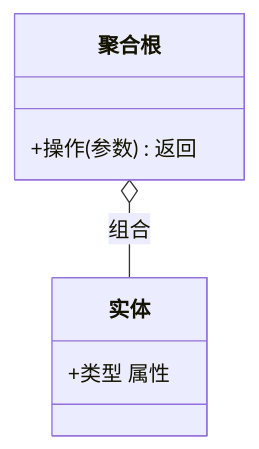
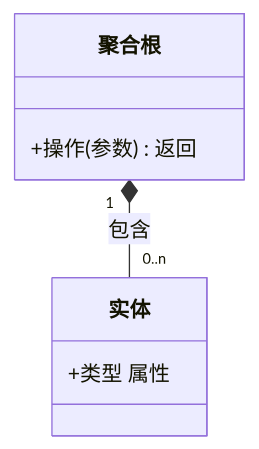
The first of 2 diagrams in skills/project-scaffold/references/skill-templates/docs/docs-domain/assets/DOMAIN.template.md (syllr/skills), drawn with Mermaid before and after one commit. The commit also changed other lines of this file and 7 other files, not shown here.

```diff
--- a/skills/project-scaffold/references/skill-templates/docs/docs-domain/assets/DOMAIN.template.md
+++ b/skills/project-scaffold/references/skill-templates/docs/docs-domain/assets/DOMAIN.template.md
@@ -28,10 +28,10 @@
 ~~~mermaid
 classDiagram
   class 聚合根 {
     +操作(参数) 返回
-}
+  }
   class 实体 {
     +类型 属性
-}
-  聚合根 o-- 实体: 组合
+  }
+  聚合根 "1" *-- "0..n" 实体: 包含
 ~~~
```
